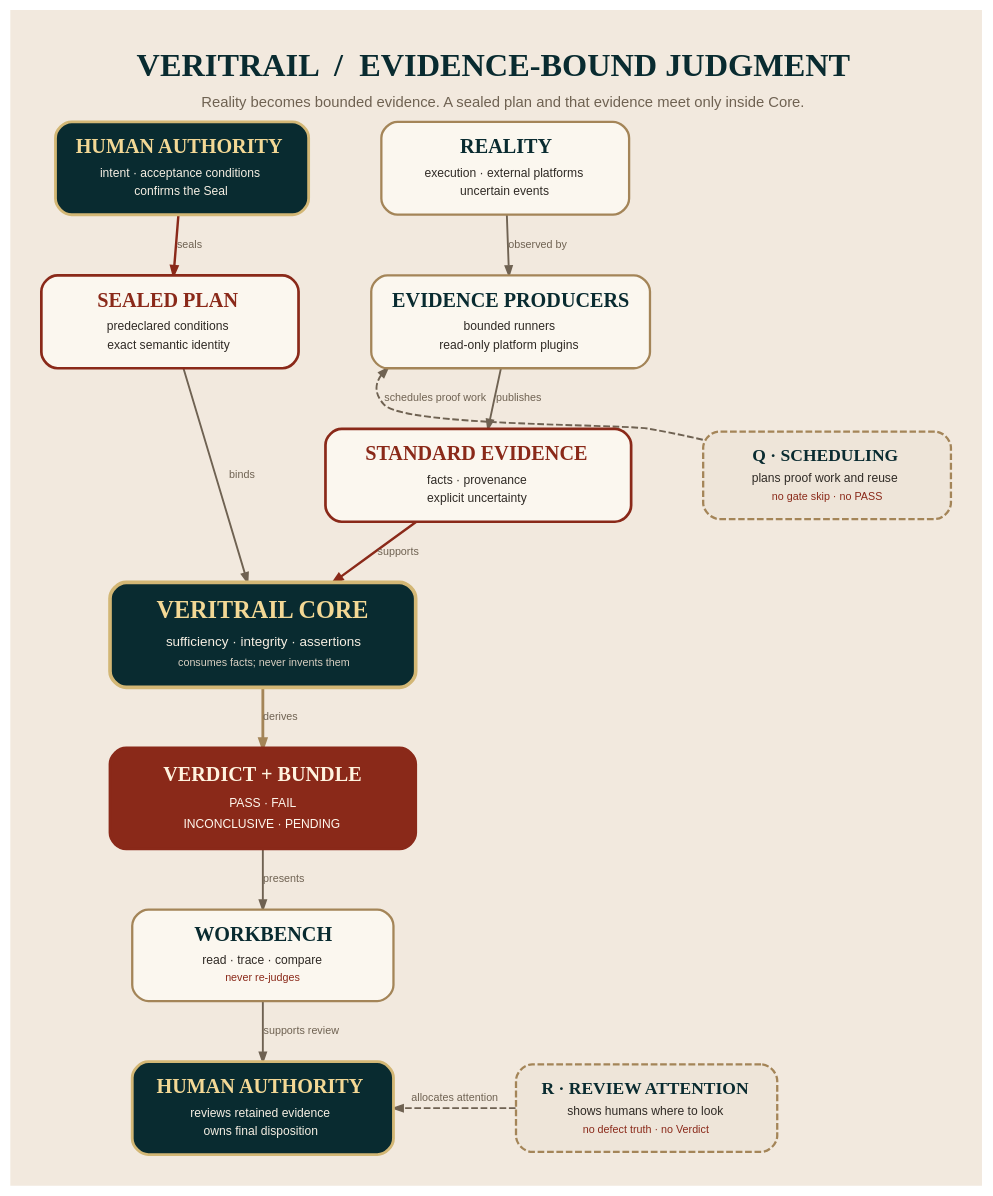
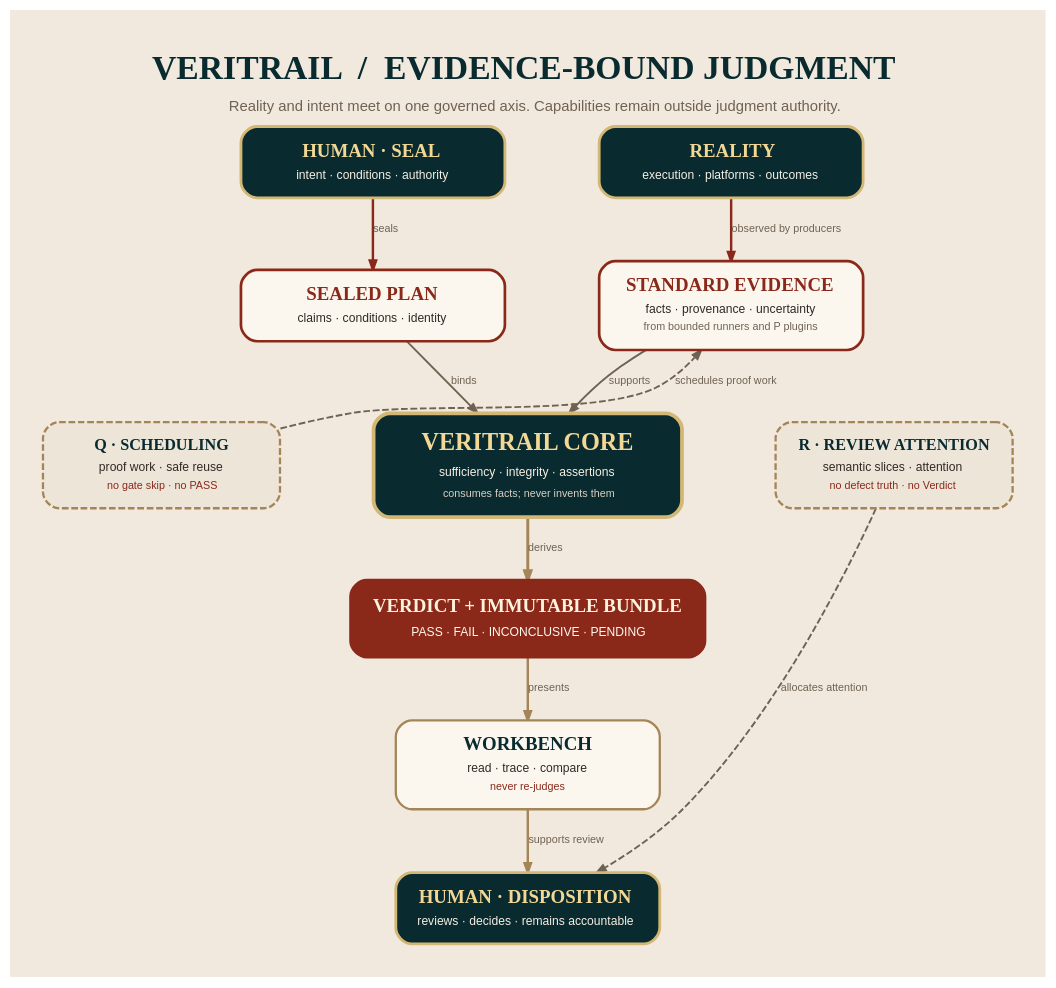
The diagram in docs/assets/veritrail-architecture.dot (NoctilumeDev/VeriTrail), drawn with Graphviz before and after one commit. The commit also changed 2 other files, not shown here.

Commit message:
docs: center architecture on judgment axis

```diff
--- a/docs/assets/veritrail-architecture.dot
+++ b/docs/assets/veritrail-architecture.dot
@@ -1,138 +1,138 @@
 digraph VeriTrailArchitecture {
   graph [
     rankdir=TB,
+    newrank=true,
     bgcolor="#f2e9de",
-    pad="0.32",
+    pad="0.34",
     margin="0",
-    nodesep="0.38",
-    ranksep="0.48",
+    nodesep="0.48",
+    ranksep="0.52",
     splines=spline,
     outputorder=edgesfirst,
     fontname="Georgia",
     fontcolor="#2f2a25",
     labelloc=t,
-    label=<<TABLE BORDER="0" CELLBORDER="0" CELLPADDING="2"><TR><TD><FONT FACE="Georgia" POINT-SIZE="24" COLOR="#092b30"><B>VERITRAIL  /  EVIDENCE-BOUND JUDGMENT</B></FONT></TD></TR><TR><TD><FONT FACE="Arial" POINT-SIZE="11" COLOR="#6f6252">Reality becomes bounded evidence. A sealed plan and that evidence meet only inside Core.</FONT></TD></TR></TABLE>>
+    label=<<TABLE BORDER="0" CELLBORDER="0" CELLPADDING="2"><TR><TD><FONT FACE="Georgia" POINT-SIZE="25" COLOR="#092b30"><B>VERITRAIL  /  EVIDENCE-BOUND JUDGMENT</B></FONT></TD></TR><TR><TD><FONT FACE="Arial" POINT-SIZE="11" COLOR="#6f6252">Reality and intent meet on one governed axis. Capabilities remain outside judgment authority.</FONT></TD></TR></TABLE>>
   ];
 
   node [
     shape=rect,
     style="rounded,filled",
     color="#a48558",
     fillcolor="#fbf7ef",
     fontcolor="#2f2a25",
     fontname="Arial",
     fontsize=10,
     penwidth=1.7,
     margin="0.16,0.13"
   ];
 
   edge [
     color="#6f6252",
     fontcolor="#6f6252",
     fontname="Arial",
     fontsize=8,
     penwidth=1.4,
     arrowsize=0.68
   ];
 
   human_seal [
-    width=2.55,
+    width=2.72,
     color="#d3b775",
     fillcolor="#092b30",
     fontcolor="#f6efe3",
     penwidth=2.1,
-    label=<<TABLE BORDER="0" CELLBORDER="0" CELLPADDING="1"><TR><TD><FONT FACE="Georgia" POINT-SIZE="15" COLOR="#f3d895"><B>HUMAN AUTHORITY</B></FONT></TD></TR><TR><TD><FONT POINT-SIZE="9" COLOR="#f6efe3">intent · acceptance conditions</FONT></TD></TR><TR><TD><FONT POINT-SIZE="9" COLOR="#f6efe3">confirms the Seal</FONT></TD></TR></TABLE>>
+    label=<<TABLE BORDER="0" CELLBORDER="0" CELLPADDING="1"><TR><TD><FONT FACE="Georgia" POINT-SIZE="14" COLOR="#f3d895"><B>HUMAN · SEAL</B></FONT></TD></TR><TR><TD><FONT POINT-SIZE="9" COLOR="#f6efe3">intent · conditions · authority</FONT></TD></TR></TABLE>>
   ];
 
   reality [
-    width=2.55,
-    label=<<TABLE BORDER="0" CELLBORDER="0" CELLPADDING="1"><TR><TD><FONT FACE="Georgia" POINT-SIZE="15" COLOR="#092b30"><B>REALITY</B></FONT></TD></TR><TR><TD><FONT POINT-SIZE="9">execution · external platforms</FONT></TD></TR><TR><TD><FONT POINT-SIZE="9">uncertain events</FONT></TD></TR></TABLE>>
-  ];
-
-  quick [
-    width=2.55,
-    style="rounded,filled,dashed",
-    fillcolor="#eee5d9",
-    label=<<TABLE BORDER="0" CELLBORDER="0" CELLPADDING="1"><TR><TD><FONT FACE="Georgia" POINT-SIZE="13" COLOR="#092b30"><B>Q · SCHEDULING</B></FONT></TD></TR><TR><TD><FONT POINT-SIZE="9">plans proof work and reuse</FONT></TD></TR><TR><TD><FONT POINT-SIZE="8" COLOR="#8a2919">no gate skip · no PASS</FONT></TD></TR></TABLE>>
-  ];
-
-  plan [
-    width=2.65,
-    color="#8a2919",
-    penwidth=2.0,
-    label=<<TABLE BORDER="0" CELLBORDER="0" CELLPADDING="1"><TR><TD><FONT FACE="Georgia" POINT-SIZE="15" COLOR="#8a2919"><B>SEALED PLAN</B></FONT></TD></TR><TR><TD><FONT POINT-SIZE="9">predeclared conditions</FONT></TD></TR><TR><TD><FONT POINT-SIZE="9">exact semantic identity</FONT></TD></TR></TABLE>>
-  ];
-
-  producers [
-    width=2.65,
-    label=<<TABLE BORDER="0" CELLBORDER="0" CELLPADDING="1"><TR><TD><FONT FACE="Georgia" POINT-SIZE="15" COLOR="#092b30"><B>EVIDENCE PRODUCERS</B></FONT></TD></TR><TR><TD><FONT POINT-SIZE="9">bounded runners</FONT></TD></TR><TR><TD><FONT POINT-SIZE="9">read-only platform plugins</FONT></TD></TR></TABLE>>
-  ];
-
-  core [
-    width=3.15,
-    color="#d3b775",
-    fillcolor="#092b30",
-    fontcolor="#f6efe3",
-    penwidth=2.7,
-    label=<<TABLE BORDER="0" CELLBORDER="0" CELLPADDING="2"><TR><TD><FONT FACE="Georgia" POINT-SIZE="18" COLOR="#f3d895"><B>VERITRAIL CORE</B></FONT></TD></TR><TR><TD><FONT POINT-SIZE="10" COLOR="#f6efe3">sufficiency · integrity · assertions</FONT></TD></TR><TR><TD><FONT POINT-SIZE="8" COLOR="#d9d0c2">consumes facts; never invents them</FONT></TD></TR></TABLE>>
-  ];
-
-  evidence [
-    width=3.15,
-    color="#8a2919",
-    penwidth=2.0,
-    label=<<TABLE BORDER="0" CELLBORDER="0" CELLPADDING="1"><TR><TD><FONT FACE="Georgia" POINT-SIZE="15" COLOR="#8a2919"><B>STANDARD EVIDENCE</B></FONT></TD></TR><TR><TD><FONT POINT-SIZE="9">facts · provenance</FONT></TD></TR><TR><TD><FONT POINT-SIZE="9">explicit uncertainty</FONT></TD></TR></TABLE>>
-  ];
-
-  verdict [
-    width=3.15,
-    color="#8a2919",
-    fillcolor="#8a2919",
-    fontcolor="#fff8ee",
-    penwidth=2.1,
-    label=<<TABLE BORDER="0" CELLBORDER="0" CELLPADDING="2"><TR><TD><FONT FACE="Georgia" POINT-SIZE="15" COLOR="#fff3df"><B>VERDICT + BUNDLE</B></FONT></TD></TR><TR><TD><FONT POINT-SIZE="9" COLOR="#fff8ee">PASS · FAIL</FONT></TD></TR><TR><TD><FONT POINT-SIZE="9" COLOR="#fff8ee">INCONCLUSIVE · PENDING</FONT></TD></TR></TABLE>>
-  ];
-
-  workbench [
-    width=2.7,
-    label=<<TABLE BORDER="0" CELLBORDER="0" CELLPADDING="1"><TR><TD><FONT FACE="Georgia" POINT-SIZE="15" COLOR="#092b30"><B>WORKBENCH</B></FONT></TD></TR><TR><TD><FONT POINT-SIZE="9">read · trace · compare</FONT></TD></TR><TR><TD><FONT POINT-SIZE="8" COLOR="#8a2919">never re-judges</FONT></TD></TR></TABLE>>
-  ];
-
-  human_review [
-    width=2.7,
+    width=2.72,
     color="#d3b775",
     fillcolor="#092b30",
     fontcolor="#f6efe3",
     penwidth=2.1,
-    label=<<TABLE BORDER="0" CELLBORDER="0" CELLPADDING="1"><TR><TD><FONT FACE="Georgia" POINT-SIZE="15" COLOR="#f3d895"><B>HUMAN AUTHORITY</B></FONT></TD></TR><TR><TD><FONT POINT-SIZE="9" COLOR="#f6efe3">reviews retained evidence</FONT></TD></TR><TR><TD><FONT POINT-SIZE="9" COLOR="#f6efe3">owns final disposition</FONT></TD></TR></TABLE>>
+    label=<<TABLE BORDER="0" CELLBORDER="0" CELLPADDING="1"><TR><TD><FONT FACE="Georgia" POINT-SIZE="14" COLOR="#f3d895"><B>REALITY</B></FONT></TD></TR><TR><TD><FONT POINT-SIZE="9" COLOR="#f6efe3">execution · platforms · outcomes</FONT></TD></TR></TABLE>>
+  ];
+
+  plan [
+    width=2.72,
+    color="#8a2919",
+    penwidth=2.0,
+    label=<<TABLE BORDER="0" CELLBORDER="0" CELLPADDING="1"><TR><TD><FONT FACE="Georgia" POINT-SIZE="14" COLOR="#8a2919"><B>SEALED PLAN</B></FONT></TD></TR><TR><TD><FONT POINT-SIZE="9">claims · conditions · identity</FONT></TD></TR></TABLE>>
+  ];
+
+  evidence [
+    width=2.72,
+    color="#8a2919",
+    penwidth=2.0,
+    label=<<TABLE BORDER="0" CELLBORDER="0" CELLPADDING="1"><TR><TD><FONT FACE="Georgia" POINT-SIZE="14" COLOR="#8a2919"><B>STANDARD EVIDENCE</B></FONT></TD></TR><TR><TD><FONT POINT-SIZE="9">facts · provenance · uncertainty</FONT></TD></TR><TR><TD><FONT POINT-SIZE="8" COLOR="#6f6252">from bounded runners and P plugins</FONT></TD></TR></TABLE>>
+  ];
+
+  core [
+    width=3.18,
+    color="#d3b775",
+    fillcolor="#092b30",
+    fontcolor="#f6efe3",
+    penwidth=2.8,
+    label=<<TABLE BORDER="0" CELLBORDER="0" CELLPADDING="2"><TR><TD><FONT FACE="Georgia" POINT-SIZE="18" COLOR="#f3d895"><B>VERITRAIL CORE</B></FONT></TD></TR><TR><TD><FONT POINT-SIZE="9" COLOR="#f6efe3">sufficiency · integrity · assertions</FONT></TD></TR><TR><TD><FONT POINT-SIZE="8" COLOR="#d9d0c2">consumes facts; never invents them</FONT></TD></TR></TABLE>>
+  ];
+
+  quick [
+    width=2.44,
+    style="rounded,filled,dashed",
+    fillcolor="#eee5d9",
+    label=<<TABLE BORDER="0" CELLBORDER="0" CELLPADDING="1"><TR><TD><FONT FACE="Georgia" POINT-SIZE="12" COLOR="#092b30"><B>Q · SCHEDULING</B></FONT></TD></TR><TR><TD><FONT POINT-SIZE="9">proof work · safe reuse</FONT></TD></TR><TR><TD><FONT POINT-SIZE="8" COLOR="#8a2919">no gate skip · no PASS</FONT></TD></TR></TABLE>>
   ];
 
   review [
-    width=2.7,
+    width=2.44,
     style="rounded,filled,dashed",
     fillcolor="#eee5d9",
-    label=<<TABLE BORDER="0" CELLBORDER="0" CELLPADDING="1"><TR><TD><FONT FACE="Georgia" POINT-SIZE="13" COLOR="#092b30"><B>R · REVIEW ATTENTION</B></FONT></TD></TR><TR><TD><FONT POINT-SIZE="9">shows humans where to look</FONT></TD></TR><TR><TD><FONT POINT-SIZE="8" COLOR="#8a2919">no defect truth · no Verdict</FONT></TD></TR></TABLE>>
+    label=<<TABLE BORDER="0" CELLBORDER="0" CELLPADDING="1"><TR><TD><FONT FACE="Georgia" POINT-SIZE="12" COLOR="#092b30"><B>R · REVIEW ATTENTION</B></FONT></TD></TR><TR><TD><FONT POINT-SIZE="9">semantic slices · attention</FONT></TD></TR><TR><TD><FONT POINT-SIZE="8" COLOR="#8a2919">no defect truth · no Verdict</FONT></TD></TR></TABLE>>
+  ];
+
+  verdict [
+    width=3.18,
+    color="#8a2919",
+    fillcolor="#8a2919",
+    fontcolor="#fff8ee",
+    penwidth=2.2,
+    label=<<TABLE BORDER="0" CELLBORDER="0" CELLPADDING="2"><TR><TD><FONT FACE="Georgia" POINT-SIZE="14" COLOR="#fff3df"><B>VERDICT + IMMUTABLE BUNDLE</B></FONT></TD></TR><TR><TD><FONT POINT-SIZE="9" COLOR="#fff8ee">PASS · FAIL · INCONCLUSIVE · PENDING</FONT></TD></TR></TABLE>>
+  ];
+
+  workbench [
+    width=2.72,
+    label=<<TABLE BORDER="0" CELLBORDER="0" CELLPADDING="1"><TR><TD><FONT FACE="Georgia" POINT-SIZE="14" COLOR="#092b30"><B>WORKBENCH</B></FONT></TD></TR><TR><TD><FONT POINT-SIZE="9">read · trace · compare</FONT></TD></TR><TR><TD><FONT POINT-SIZE="8" COLOR="#8a2919">never re-judges</FONT></TD></TR></TABLE>>
+  ];
+
+  human_review [
+    width=2.72,
+    color="#d3b775",
+    fillcolor="#092b30",
+    fontcolor="#f6efe3",
+    penwidth=2.1,
+    label=<<TABLE BORDER="0" CELLBORDER="0" CELLPADDING="1"><TR><TD><FONT FACE="Georgia" POINT-SIZE="14" COLOR="#f3d895"><B>HUMAN · DISPOSITION</B></FONT></TD></TR><TR><TD><FONT POINT-SIZE="9" COLOR="#f6efe3">reviews · decides · remains accountable</FONT></TD></TR></TABLE>>
   ];
 
   { rank=same; human_seal; reality; }
-  { rank=same; plan; producers; }
-  { rank=same; evidence; quick; }
-  { rank=same; human_review; review; }
+  { rank=same; plan; evidence; }
+  { rank=same; quick; core; review; }
 
-  human_seal -> reality [style=invis, weight=20];
-  plan -> producers [style=invis, weight=20];
-  evidence -> quick [style=invis, weight=20];
-  human_review -> review [style=invis, weight=20];
+  human_seal -> reality [style=invis, weight=40];
+  plan -> evidence [style=invis, weight=40];
+  quick -> core [style=invis, weight=35];
+  core -> review [style=invis, weight=35];
 
   human_seal -> plan [label="seals", color="#8a2919", penwidth=1.8];
-  plan -> core [label="binds"];
-  reality -> producers [label="observed by"];
-  producers -> evidence [label="publishes"];
-  evidence -> core [label="supports", color="#8a2919", penwidth=1.8];
-  core -> verdict [label="derives", color="#a48558", penwidth=2.1];
-  verdict -> workbench [label="presents"];
-  workbench -> human_review [label="supports review"];
+  reality -> evidence [label="observed by producers", color="#8a2919", penwidth=1.8];
 
-  quick -> producers [label="schedules proof work", style=dashed, constraint=false];
-  review -> human_review [label="allocates attention", style=dashed];
+  plan -> core [label="binds", minlen=1];
+  evidence -> core [label="supports", minlen=1];
+
+  core -> verdict [label="derives", color="#a48558", penwidth=2.2];
+  verdict -> workbench [label="presents", color="#a48558", penwidth=1.8];
+  workbench -> human_review [label="supports review", color="#a48558", penwidth=1.8];
+
+  quick -> evidence [label="schedules proof work", style=dashed, constraint=false];
+  review -> human_review [label="allocates attention", style=dashed, constraint=false];
 }
```
